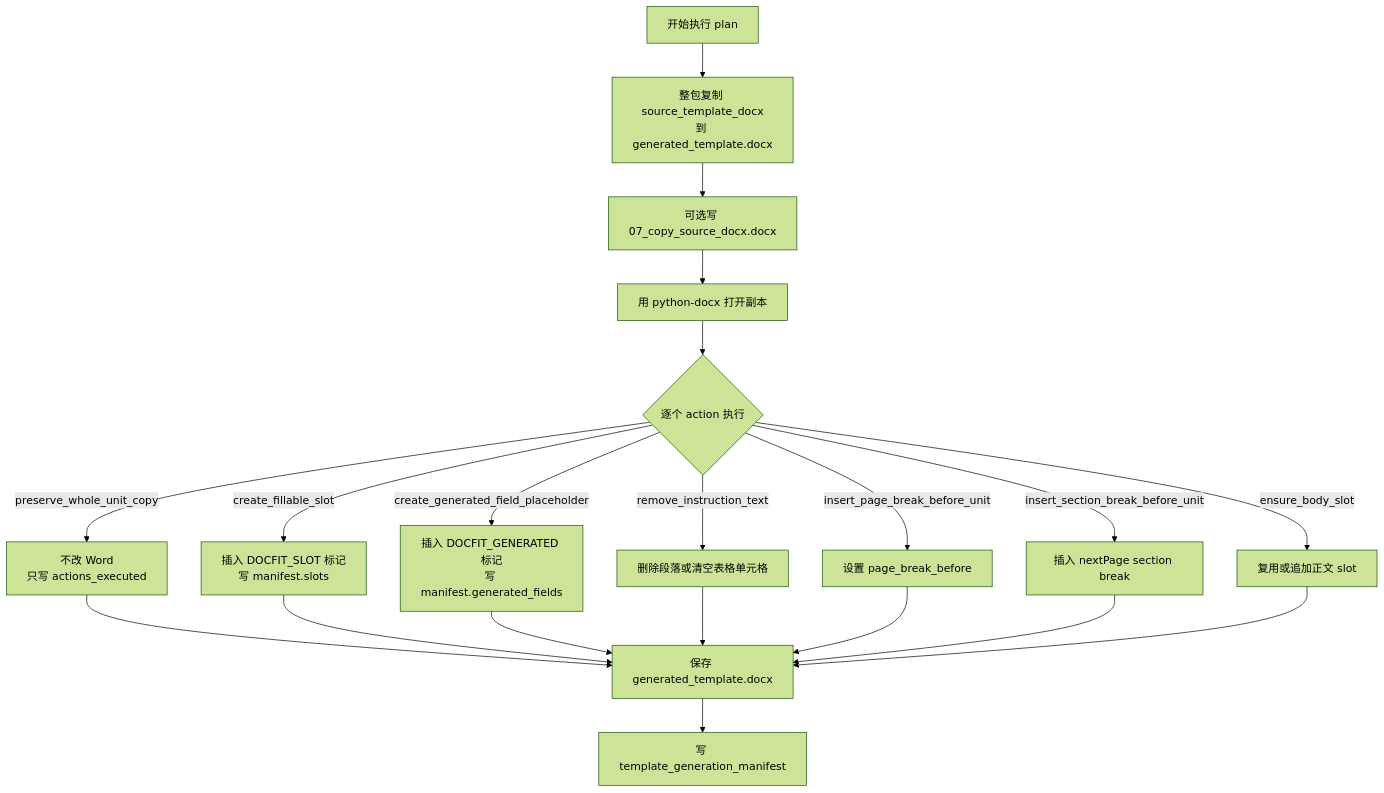
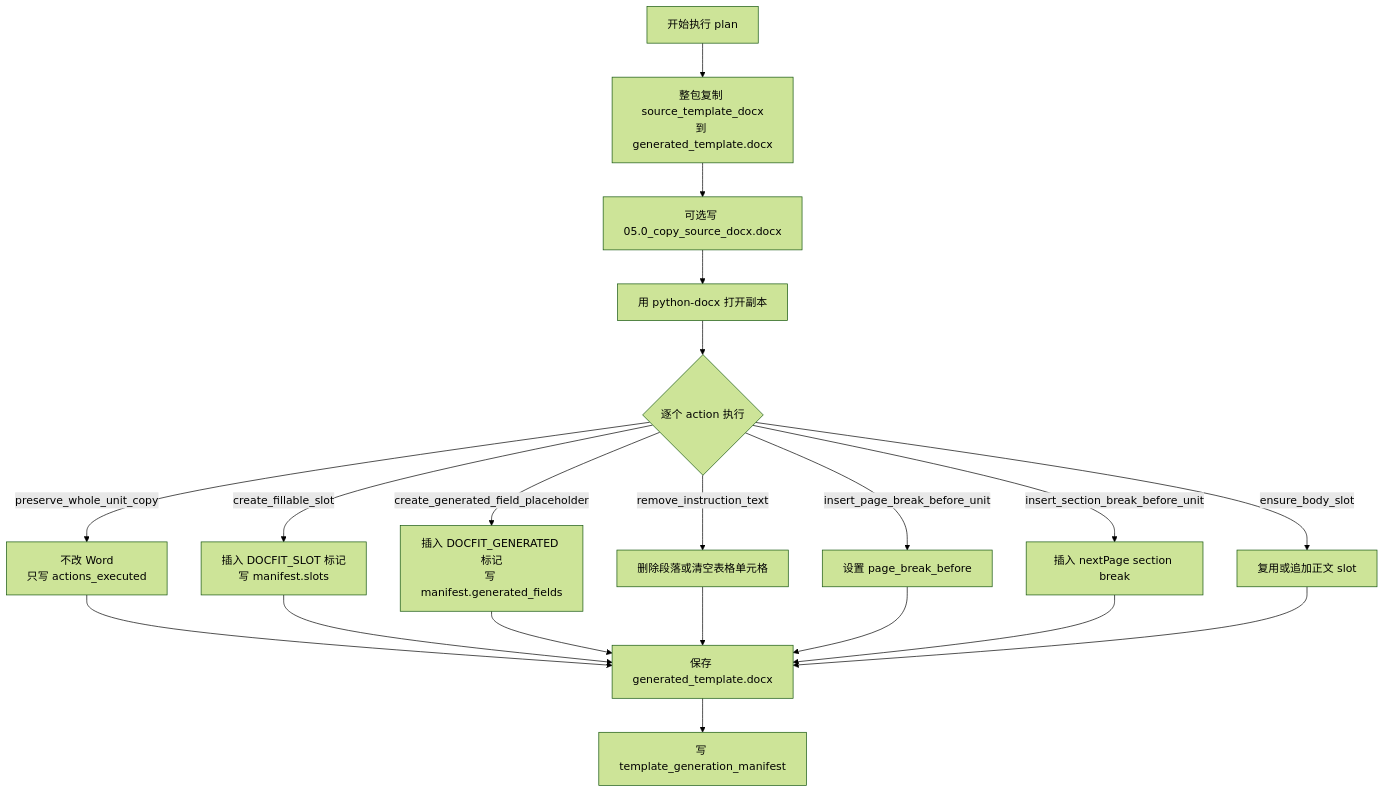
Before and after one commit to bamao88/docfit_v3: the second of 2 diagrams in docs/plans/template-generation-flow-optimization.md, drawn with Mermaid (forest theme). The commit also changed other lines of this file and 12 other files, not shown here.

````diff
--- a/docs/plans/template-generation-flow-optimization.md
+++ b/docs/plans/template-generation-flow-optimization.md
@@ -987,22 +984,22 @@
 ```mermaid
 flowchart TD
   A["开始执行 plan"] --> B["整包复制 source_template_docx<br/>到 generated_template.docx"]
-  B --> C["可选写 07_copy_source_docx.docx"]
+  B --> C["可选写 05.0_copy_source_docx.docx"]
   C --> D["用 python-docx 打开副本"]
   D --> E{"逐个 action 执行"}
   E -->|preserve_whole_unit_copy| F["不改 Word<br/>只写 actions_executed"]
   E -->|create_fillable_slot| G["插入 DOCFIT_SLOT 标记<br/>写 manifest.slots"]
   E -->|create_generated_field_placeholder| H["插入 DOCFIT_GENERATED 标记<br/>写 manifest.generated_fields"]
   E -->|remove_instruction_text| I["删除段落或清空表格单元格"]
   E -->|insert_page_break_before_unit| J["设置 page_break_before"]
   E -->|insert_section_break_before_unit| K["插入 nextPage section break"]
   E -->|ensure_body_slot| L["复用或追加正文 slot"]
   F --> M["保存 generated_template.docx"]
   G --> M
   H --> M
   I --> M
   J --> M
   K --> M
   L --> M
   M --> N["写 template_generation_manifest"]
 ```
````
